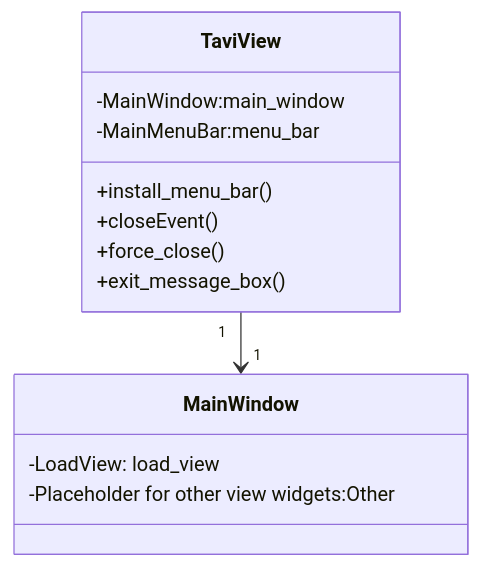
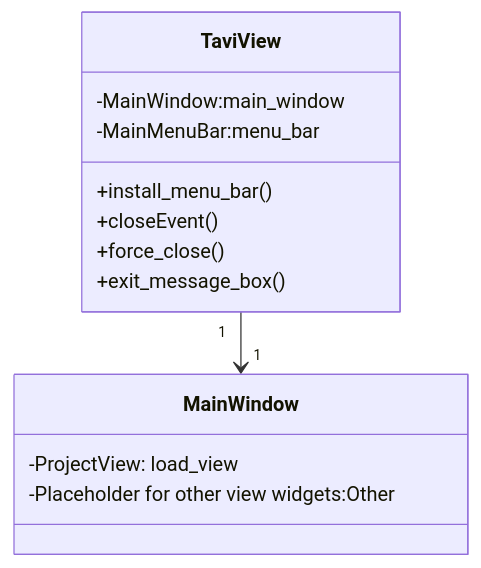
The second of 6 diagrams in docs/source/design/taviclasses.rst (neutrons/TAVI), drawn with Mermaid before and after one commit. The commit also changed other lines of this file and 8 other files, not shown here.

Commit message:
* rename LoadView to ProjectView * Initialize default folders for Raw Combined Fits Plots

```diff
--- a/docs/source/design/taviclasses.rst
+++ b/docs/source/design/taviclasses.rst
@@ -47,19 +47,19 @@
 .. mermaid::
 
  classDiagram
     TaviView "1" -->"1" MainWindow
 
     class TaviView{
         -MainWindow:main_window
         -MainMenuBar:menu_bar
         +install_menu_bar()
         +closeEvent()
         +force_close()
         +exit_message_box()
 
     }
 
     class MainWindow{
-        -LoadView: load_view
+        -ProjectView: load_view
         -Placeholder for other view widgets:Other
     }
```
